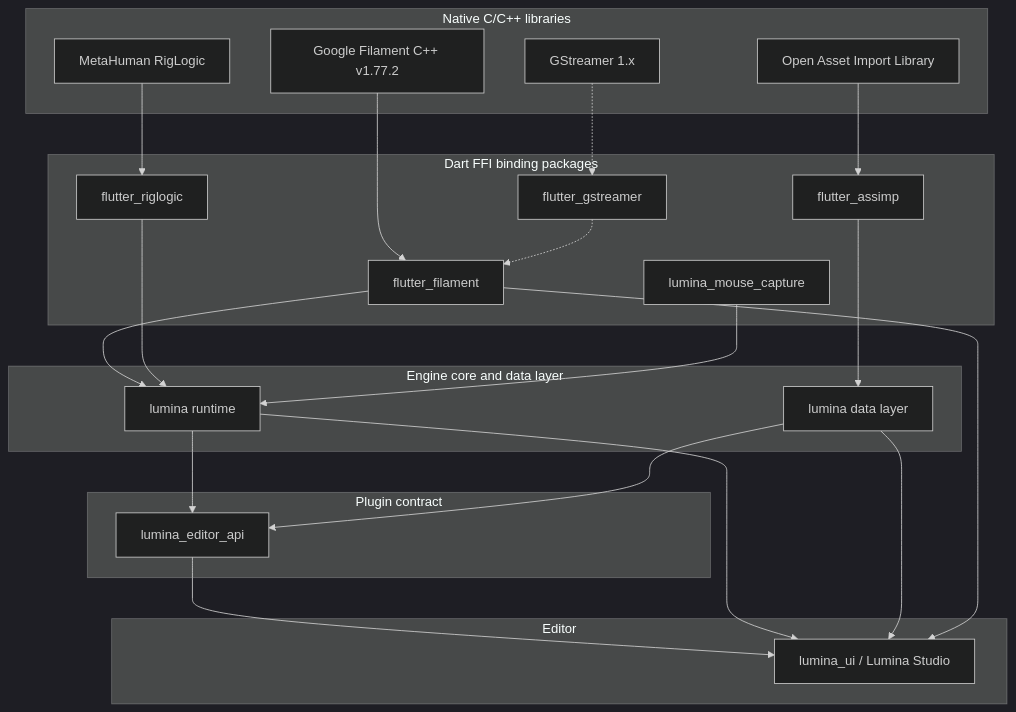
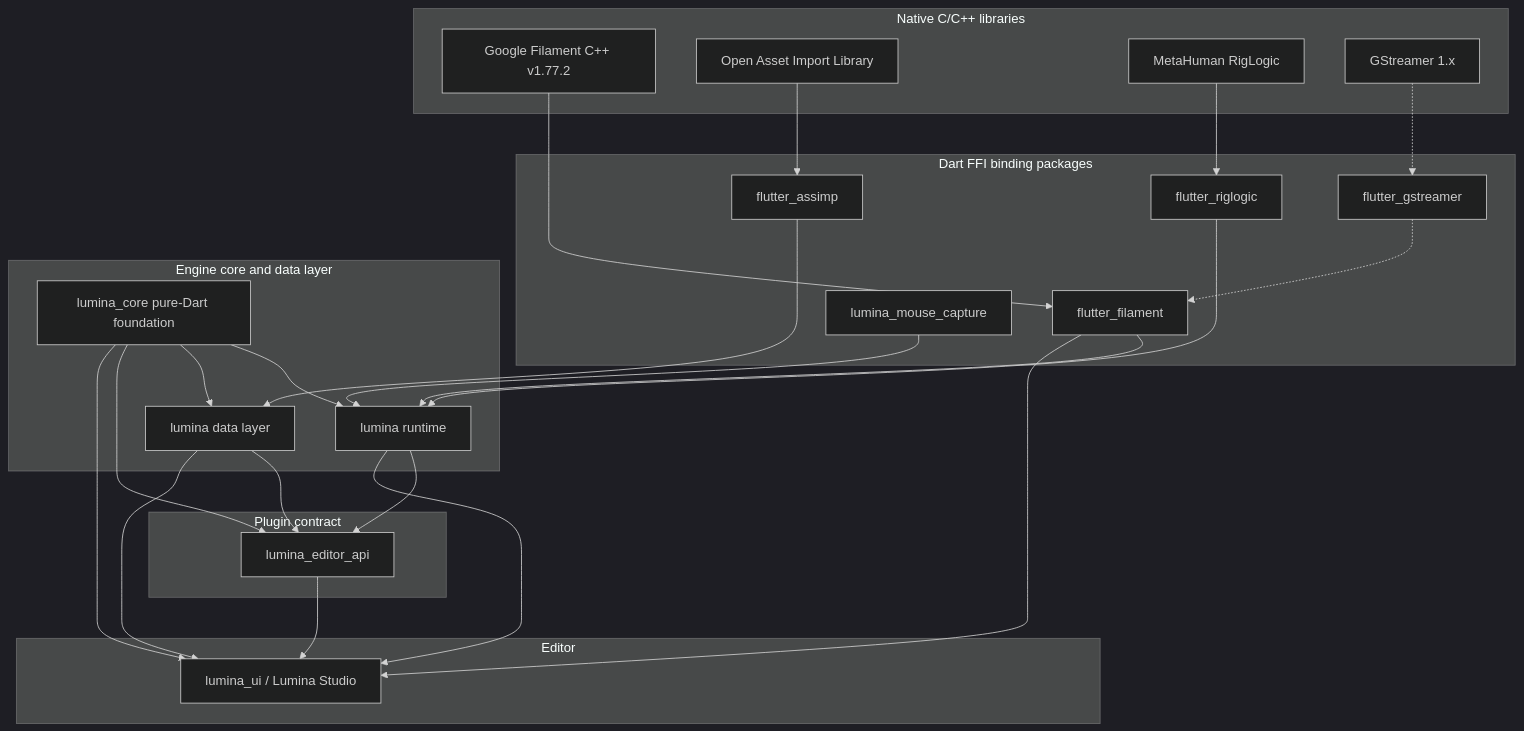
One commit to LuminaGame/lumina changed the diagram in docs/en/overview/layers.md. Above: the diagram before and after it, drawn with Mermaid (dark theme). The commit also changed other lines of this file and 471 other files, not shown here.

````diff
--- a/docs/en/overview/layers.md
+++ b/docs/en/overview/layers.md
@@ -11,49 +11,54 @@
 ```mermaid
 graph TD
     subgraph C_Level [Native C/C++ libraries]
         FilamentCPP[Google Filament C++ v1.77.2]
         AssimpCPP[Open Asset Import Library]
         RigLogicCPP[MetaHuman RigLogic]
         GStreamerC[GStreamer 1.x]
     end
 
     subgraph FFI_Level [Dart FFI binding packages]
         FlutterFilament[flutter_filament]
         FlutterAssimp[flutter_assimp]
         FlutterRiglogic[flutter_riglogic]
         FlutterGStreamer[flutter_gstreamer]
         MouseCapture[lumina_mouse_capture]
     end
 
     subgraph Core_Level [Engine core and data layer]
+        PureCore[lumina_core pure-Dart foundation]
         LuminaCore[lumina runtime]
         LuminaData[lumina data layer]
     end
 
     subgraph Plugin_Level [Plugin contract]
         EditorAPI[lumina_editor_api]
     end
 
     subgraph Studio_Level [Editor]
         LuminaUI[lumina_ui / Lumina Studio]
     end
 
     FilamentCPP --> FlutterFilament
     AssimpCPP --> FlutterAssimp
     RigLogicCPP --> FlutterRiglogic
     GStreamerC -.-> FlutterGStreamer
 
     FlutterFilament --> LuminaCore
     FlutterAssimp --> LuminaData
     FlutterRiglogic --> LuminaCore
     MouseCapture --> LuminaCore
     FlutterGStreamer -.-> FlutterFilament
 
+    PureCore --> LuminaCore
+    PureCore --> LuminaData
+    PureCore --> EditorAPI
+    PureCore --> LuminaUI
     LuminaCore --> EditorAPI
     LuminaData --> EditorAPI
 
     EditorAPI --> LuminaUI
     LuminaCore --> LuminaUI
     LuminaData --> LuminaUI
     FlutterFilament --> LuminaUI
 ```
````
